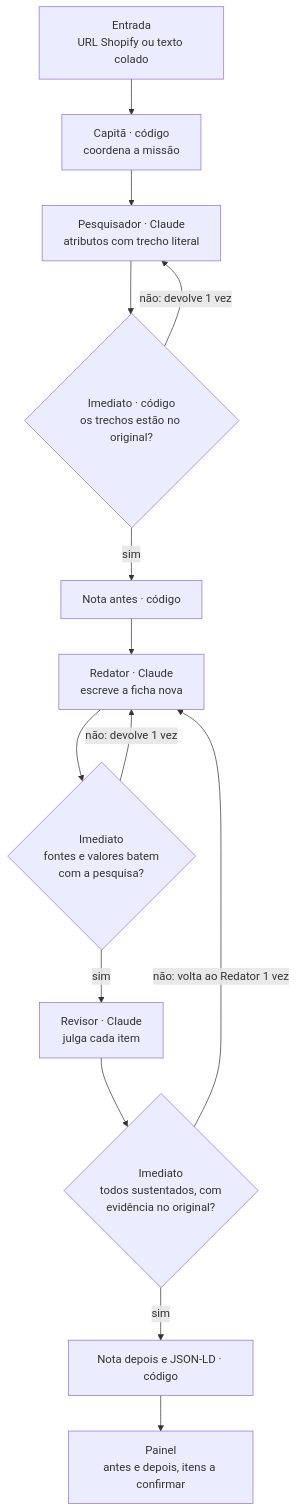
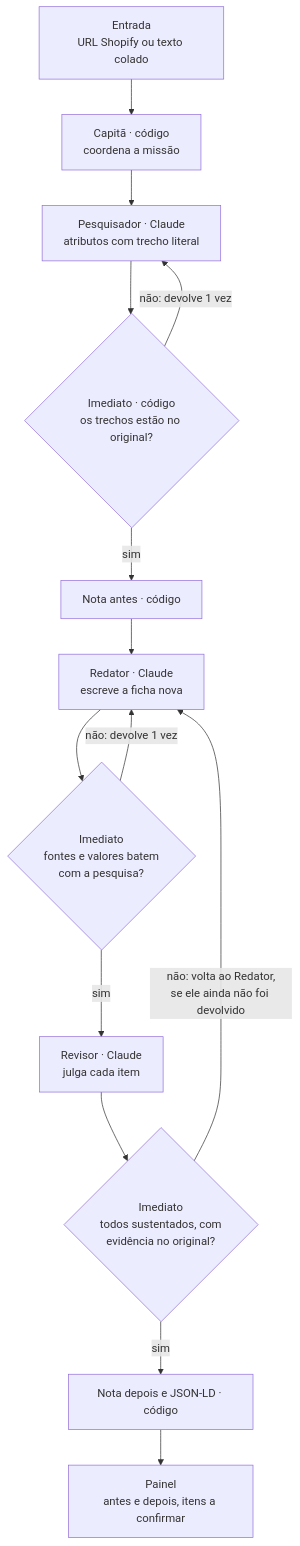
One commit to victorpili/portfolio changed the diagram in README.md. Above: the diagram before and after it, drawn with Mermaid. The commit also changed other lines of this file, not shown here.

Commit message:
nave: README com as correções da revisão (JSON-LD bem formado, devolução ao Redator, CORS local, datas)

````diff
--- a/README.md
+++ b/README.md
@@ -26,16 +26,16 @@
 ```mermaid
 flowchart TD
     E["Entrada<br/>URL Shopify ou texto colado"] --> C["Capitã · código<br/>coordena a missão"]
     C --> P["Pesquisador · Claude<br/>atributos com trecho literal"]
     P --> I1{"Imediato · código<br/>os trechos estão no original?"}
     I1 -- "não: devolve 1 vez" --> P
     I1 -- "sim" --> NA["Nota antes · código"]
     NA --> R["Redator · Claude<br/>escreve a ficha nova"]
     R --> I2{"Imediato<br/>fontes e valores batem<br/>com a pesquisa?"}
     I2 -- "não: devolve 1 vez" --> R
     I2 -- "sim" --> V["Revisor · Claude<br/>julga cada item"]
     V --> I3{"Imediato<br/>todos sustentados, com<br/>evidência no original?"}
-    I3 -- "não: volta ao Redator 1 vez" --> R
+    I3 -- "não: volta ao Redator,<br/>se ele ainda não foi devolvido" --> R
     I3 -- "sim" --> F["Nota depois e JSON-LD · código"]
     F --> T["Painel<br/>antes e depois, itens a confirmar"]
 ```
````
